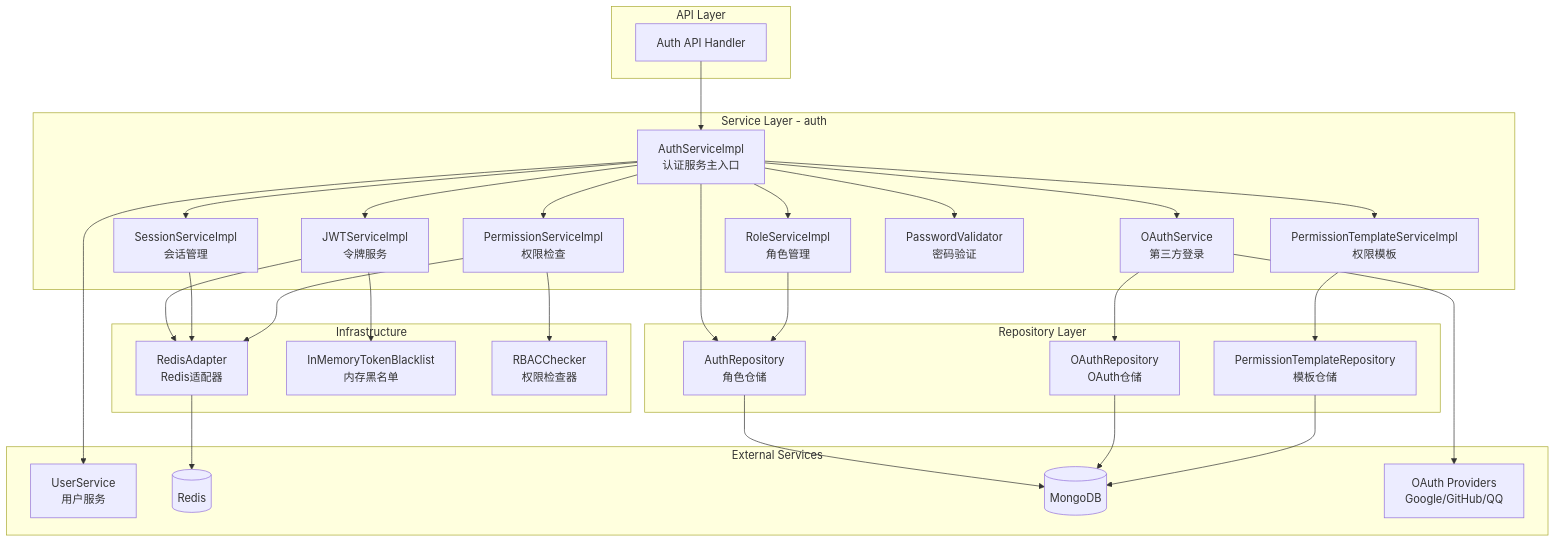
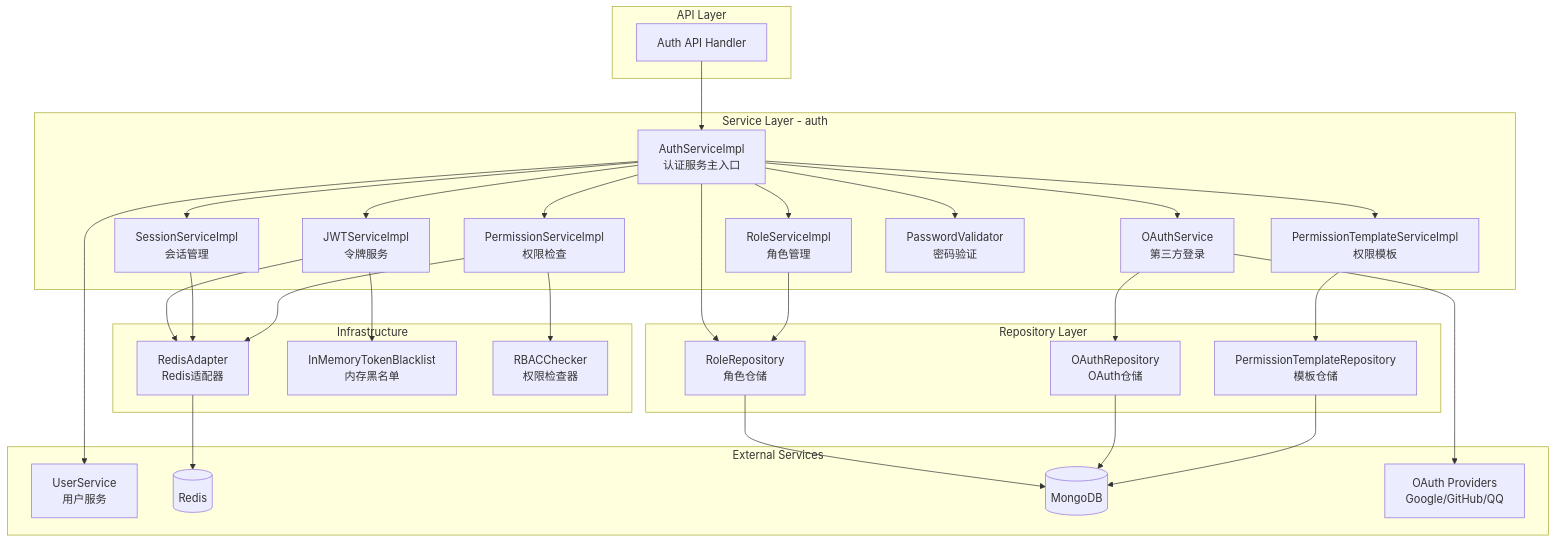
Before and after one commit to yukin371/Qingyu_backend: the first of 4 diagrams in service/auth/README.md, drawn with Mermaid. The commit also changed other lines of this file and 73 other files, not shown here.

````diff
--- a/service/auth/README.md
+++ b/service/auth/README.md
@@ -9,64 +9,64 @@
 ```mermaid
 graph TB
     subgraph "API Layer"
         AuthAPI[Auth API Handler]
     end
 
     subgraph "Service Layer - auth"
         AuthService[AuthServiceImpl<br/>认证服务主入口]
         JWTService[JWTServiceImpl<br/>令牌服务]
         OAuthService[OAuthService<br/>第三方登录]
         SessionService[SessionServiceImpl<br/>会话管理]
         PermissionService[PermissionServiceImpl<br/>权限检查]
         RoleService[RoleServiceImpl<br/>角色管理]
         TemplateService[PermissionTemplateServiceImpl<br/>权限模板]
         PasswordValidator[PasswordValidator<br/>密码验证]
     end
 
     subgraph "Infrastructure"
         RedisAdapter[RedisAdapter<br/>Redis适配器]
         MemoryBlacklist[InMemoryTokenBlacklist<br/>内存黑名单]
         RBACChecker[RBACChecker<br/>权限检查器]
     end
 
     subgraph "Repository Layer"
-        AuthRepo[AuthRepository<br/>角色仓储]
+        RoleRepo[RoleRepository<br/>角色仓储]
         OAuthRepo[OAuthRepository<br/>OAuth仓储]
         TemplateRepo[PermissionTemplateRepository<br/>模板仓储]
     end
 
     subgraph "External Services"
         UserService[UserService<br/>用户服务]
         Redis[(Redis)]
         MongoDB[(MongoDB)]
         OAuthProviders[OAuth Providers<br/>Google/GitHub/QQ]
     end
 
     AuthAPI --> AuthService
     AuthService --> JWTService
     AuthService --> OAuthService
     AuthService --> SessionService
     AuthService --> PermissionService
     AuthService --> RoleService
     AuthService --> TemplateService
     AuthService --> PasswordValidator
 
     JWTService --> RedisAdapter
     JWTService --> MemoryBlacklist
     SessionService --> RedisAdapter
     PermissionService --> RedisAdapter
     PermissionService --> RBACChecker
 
-    AuthService --> AuthRepo
+    AuthService --> RoleRepo
     OAuthService --> OAuthRepo
     TemplateService --> TemplateRepo
-    RoleService --> AuthRepo
+    RoleService --> RoleRepo
 
     RedisAdapter --> Redis
-    AuthRepo --> MongoDB
+    RoleRepo --> MongoDB
     OAuthRepo --> MongoDB
     TemplateRepo --> MongoDB
 
     OAuthService --> OAuthProviders
     AuthService --> UserService
 ```
````
